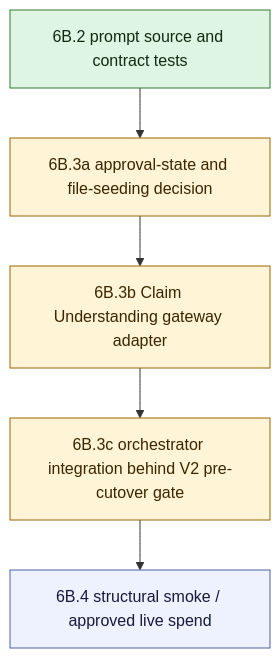
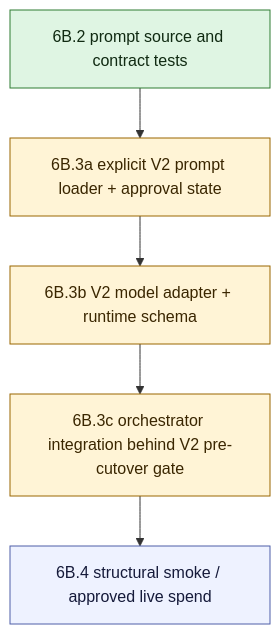
One commit to robertschaub/FactHarbor changed the diagram in Docs/WIP/2026-05-14_V2_Slice_6B3_Gated_Model_Execution_Approval_Package.md. Above: the diagram before and after it, drawn with Mermaid. The commit also changed other lines of this file and 7 other files, not shown here.

````diff
--- a/Docs/WIP/2026-05-14_V2_Slice_6B3_Gated_Model_Execution_Approval_Package.md
+++ b/Docs/WIP/2026-05-14_V2_Slice_6B3_Gated_Model_Execution_Approval_Package.md
@@ -69,17 +95,17 @@
 ```mermaid
 flowchart TB
   P["6B.2 prompt source and contract tests"]
-  A["6B.3a approval-state and file-seeding decision"]
-  G["6B.3b Claim Understanding gateway adapter"]
+  A["6B.3a explicit V2 prompt loader + approval state"]
+  G["6B.3b V2 model adapter + runtime schema"]
   O["6B.3c orchestrator integration behind V2 pre-cutover gate"]
   S["6B.4 structural smoke / approved live spend"]
 
   P --> A --> G --> O --> S
 
   classDef done fill:#dff5e3,stroke:#2f7d32,color:#102a12
   classDef review fill:#fff4d6,stroke:#9a6700,color:#3a2600
   classDef gated fill:#eef2ff,stroke:#4f5fa8,color:#151a3a
   class P done
   class A,G,O review
   class S gated
 ```
````
